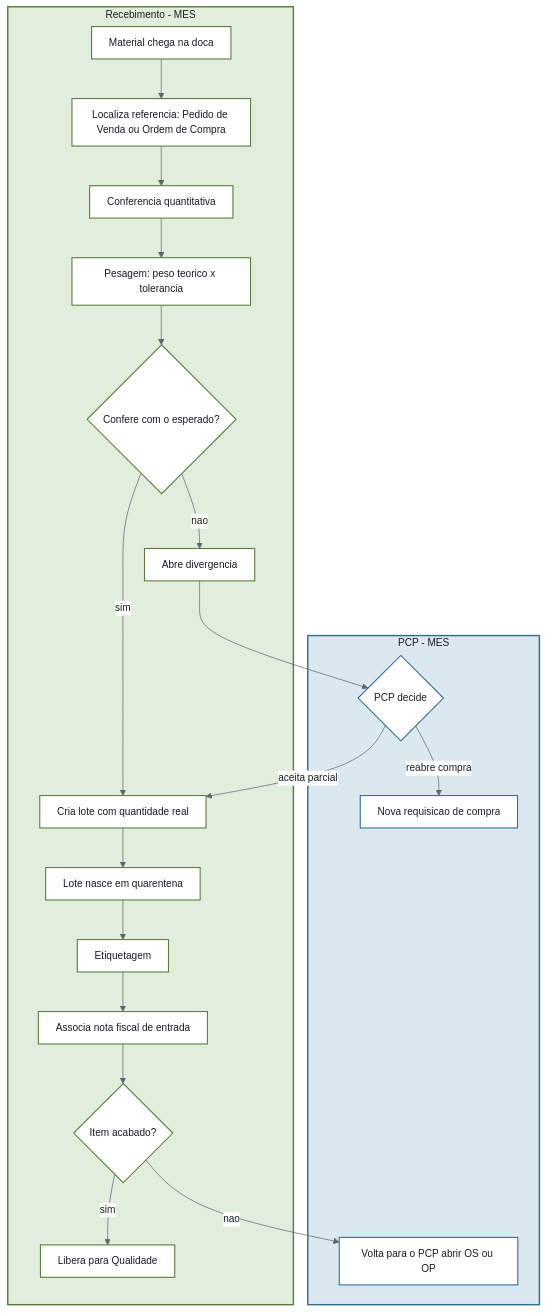
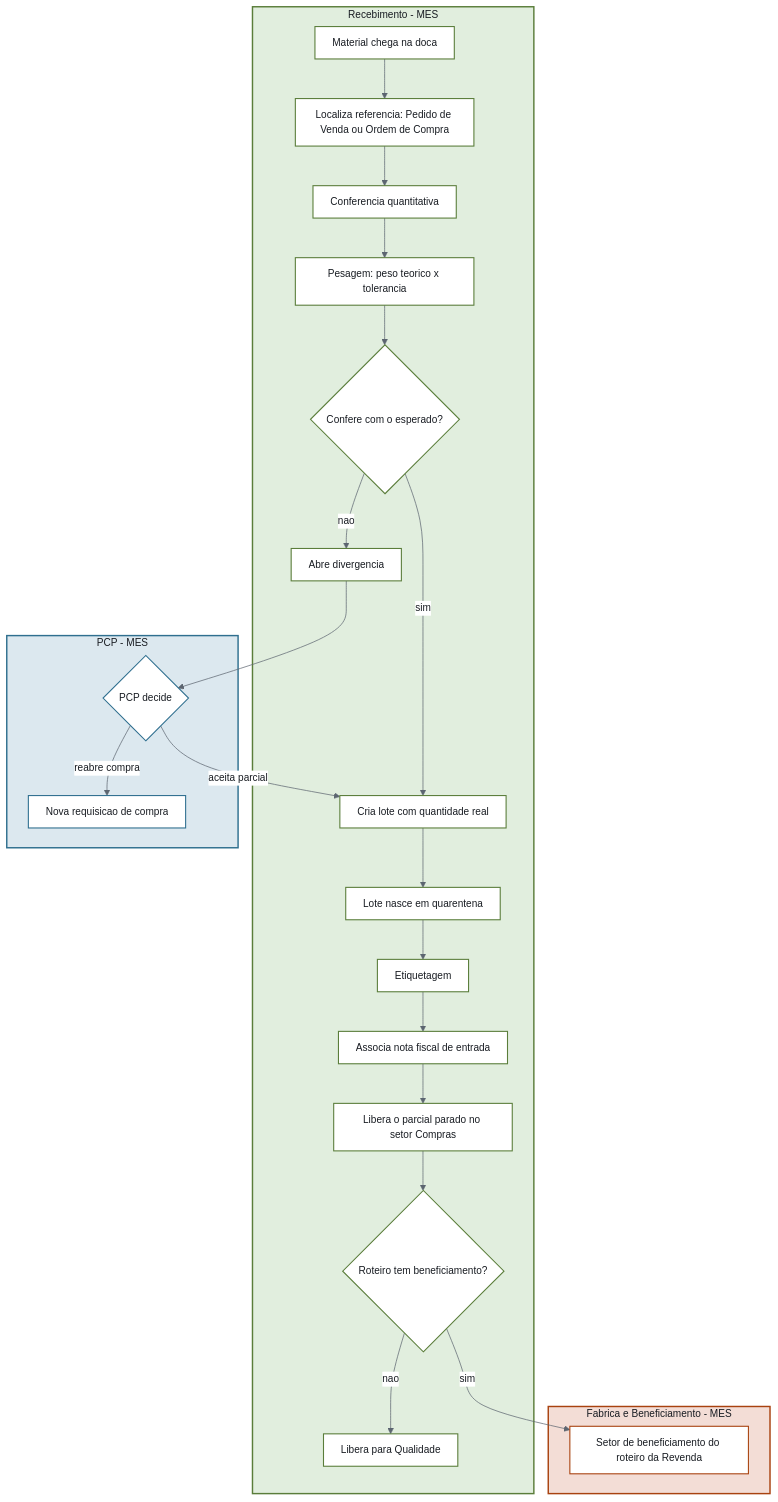
One commit to Acosvital/vault-avhub-mer changed the third of 6 diagrams in 01-Fluxo-Operacional/Fluxogramas-Completos.md. Above: the diagram before and after it, drawn with Mermaid. The commit also changed other lines of this file and 36 other files, not shown here.

First line of the commit message:
Encaixe do Estoque e da Revenda no fluxo do PCP (MES)

````diff
--- a/01-Fluxo-Operacional/Fluxogramas-Completos.md
+++ b/01-Fluxo-Operacional/Fluxogramas-Completos.md
@@ -274,53 +284,59 @@
 ```mermaid
 %%{init: {'theme': 'base', 'themeVariables': {'primaryColor': '#ffffff', 'primaryTextColor': '#181c22', 'primaryBorderColor': '#33475a', 'lineColor': '#5c6570', 'fontFamily': 'Source Sans 3, sans-serif', 'fontSize': '14px', 'edgeLabelBackground': '#ffffff', 'textColor': '#181c22'}, 'flowchart': {'nodeSpacing': 40, 'rankSpacing': 55, 'padding': 12}}}%%
 flowchart TD
     subgraph SEC_RECEB[Recebimento - MES]
         A[Material chega na doca]
         B[Localiza referencia: Pedido de Venda ou Ordem de Compra]
         C[Conferencia quantitativa]
         D[Pesagem: peso teorico x tolerancia]
         E{Confere com o esperado?}
         F[Abre divergencia]
         H[Cria lote com quantidade real]
         J[Lote nasce em quarentena]
         K[Etiquetagem]
         L[Associa nota fiscal de entrada]
-        M{Item acabado?}
+        S[Libera o parcial parado no setor Compras]
+        M{Roteiro tem beneficiamento?}
         N[Libera para Qualidade]
         A --> B --> C --> D --> E
         E -->|nao| F
         E -->|sim| H
-        H --> J --> K --> L --> M
-        M -->|sim| N
+        H --> J --> K --> L --> S --> M
+        M -->|nao| N
+    end
+
+    subgraph SEC_PROD[Fabrica e Beneficiamento - MES]
+        O[Setor de beneficiamento do roteiro da Revenda]
     end
 
     subgraph SEC_PCP[PCP - MES]
         Gd{PCP decide}
         I[Nova requisicao de compra]
-        O[Volta para o PCP abrir OS ou OP]
     end
 
     F --> Gd
     Gd -->|aceita parcial| H
     Gd -->|reabre compra| I
-    M -->|nao| O
+    M -->|sim| O
 
     style SEC_RECEB fill:#e1eede,stroke:#5a7d3a,stroke-width:2px,color:#181c22
+    style SEC_PROD fill:#f3ddd6,stroke:#a8420f,stroke-width:2px,color:#181c22
     style SEC_PCP fill:#dce8ef,stroke:#2f6f8f,stroke-width:2px,color:#181c22
 
     style A fill:#ffffff,stroke:#5a7d3a,stroke-width:1.5px,color:#181c22
     style B fill:#ffffff,stroke:#5a7d3a,stroke-width:1.5px,color:#181c22
     style C fill:#ffffff,stroke:#5a7d3a,stroke-width:1.5px,color:#181c22
     style D fill:#ffffff,stroke:#5a7d3a,stroke-width:1.5px,color:#181c22
     style E fill:#ffffff,stroke:#5a7d3a,stroke-width:1.5px,color:#181c22
     style F fill:#ffffff,stroke:#5a7d3a,stroke-width:1.5px,color:#181c22
     style H fill:#ffffff,stroke:#5a7d3a,stroke-width:1.5px,color:#181c22
     style J fill:#ffffff,stroke:#5a7d3a,stroke-width:1.5px,color:#181c22
     style K fill:#ffffff,stroke:#5a7d3a,stroke-width:1.5px,color:#181c22
     style L fill:#ffffff,stroke:#5a7d3a,stroke-width:1.5px,color:#181c22
+    style S fill:#ffffff,stroke:#5a7d3a,stroke-width:1.5px,color:#181c22
     style M fill:#ffffff,stroke:#5a7d3a,stroke-width:1.5px,color:#181c22
     style N fill:#ffffff,stroke:#5a7d3a,stroke-width:1.5px,color:#181c22
+    style O fill:#ffffff,stroke:#a8420f,stroke-width:1.5px,color:#181c22
     style Gd fill:#ffffff,stroke:#2f6f8f,stroke-width:1.5px,color:#181c22
     style I fill:#ffffff,stroke:#2f6f8f,stroke-width:1.5px,color:#181c22
-    style O fill:#ffffff,stroke:#2f6f8f,stroke-width:1.5px,color:#181c22
 ```
````
